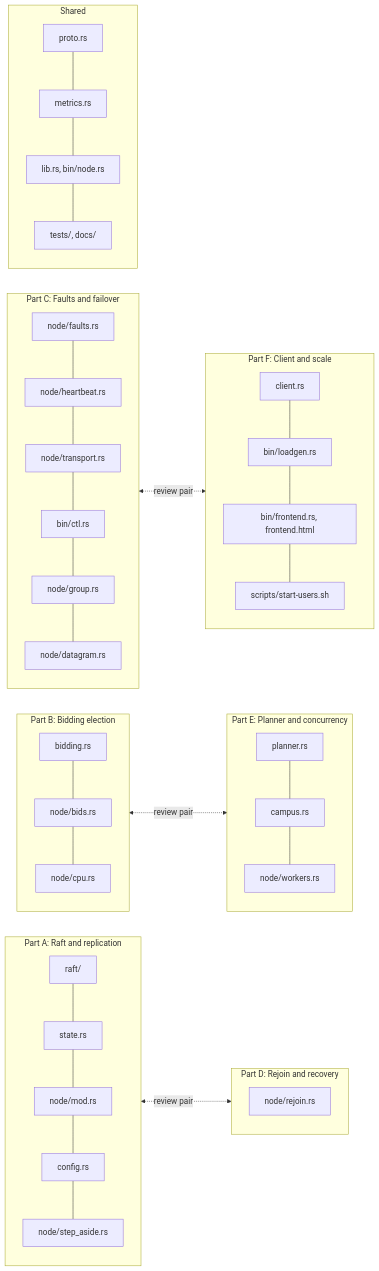
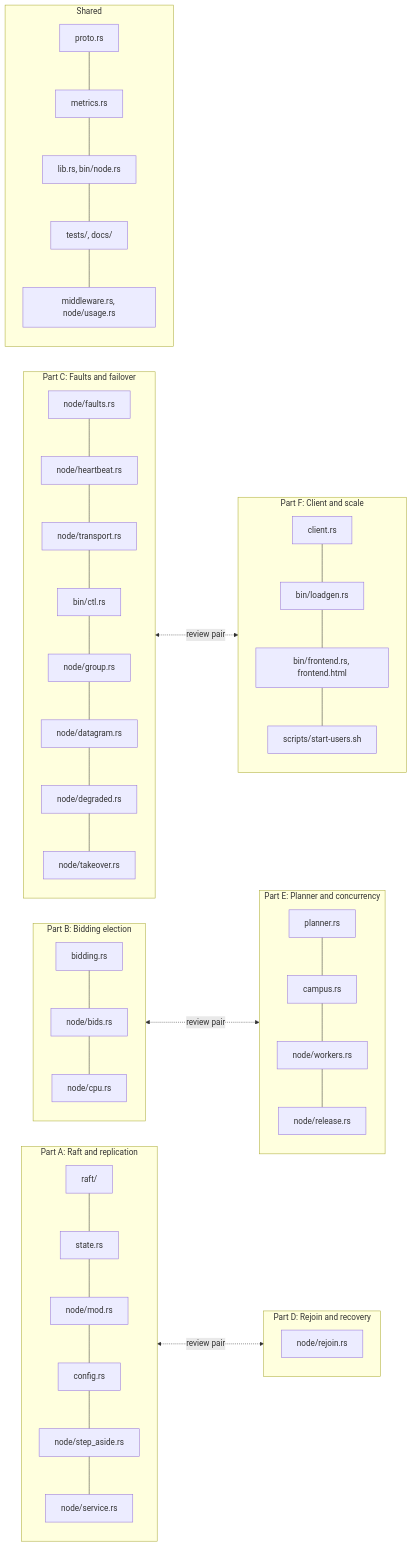
One commit to noortaytoy1/DistributedSystems changed the sixth of 48 diagrams in docs/architecture.md. Above: the diagram before and after it, drawn with Mermaid. The commit also changed other lines of this file and 2 other files, not shown here.

First line of the commit message:
Apply the diagram review to the architecture docs (D231)

````diff
--- a/docs/architecture.md
+++ b/docs/architecture.md
@@ -376,27 +429,27 @@
 ```mermaid
 flowchart LR
     subgraph A["Part A: Raft and replication"]
-        A1["raft/"] --- A2["state.rs"] --- A3["node/mod.rs"] --- A4["config.rs"] --- A5["node/step_aside.rs"]
+        A1["raft/"] --- A2["state.rs"] --- A3["node/mod.rs"] --- A4["config.rs"] --- A5["node/step_aside.rs"] --- A6["node/service.rs"]
     end
     subgraph B["Part B: Bidding election"]
         B1["bidding.rs"] --- B2["node/bids.rs"] --- B3["node/cpu.rs"]
     end
     subgraph C["Part C: Faults and failover"]
-        C1["node/faults.rs"] --- C2["node/heartbeat.rs"] --- C3["node/transport.rs"] --- C4["bin/ctl.rs"] --- C5["node/group.rs"] --- C6["node/datagram.rs"]
+        C1["node/faults.rs"] --- C2["node/heartbeat.rs"] --- C3["node/transport.rs"] --- C4["bin/ctl.rs"] --- C5["node/group.rs"] --- C6["node/datagram.rs"] --- C7["node/degraded.rs"] --- C8["node/takeover.rs"]
     end
     subgraph D["Part D: Rejoin and recovery"]
         D1["node/rejoin.rs"]
     end
     subgraph E["Part E: Planner and concurrency"]
-        E1["planner.rs"] --- E2["campus.rs"] --- E3["node/workers.rs"]
+        E1["planner.rs"] --- E2["campus.rs"] --- E3["node/workers.rs"] --- E4["node/release.rs"]
     end
     subgraph F["Part F: Client and scale"]
         F1["client.rs"] --- F2["bin/loadgen.rs"] --- F3["bin/frontend.rs, frontend.html"] --- F4["scripts/start-users.sh"]
     end
     subgraph S["Shared"]
-        S1["proto.rs"] --- S2["metrics.rs"] --- S3["lib.rs, bin/node.rs"] --- S4["tests/, docs/"]
+        S1["proto.rs"] --- S2["metrics.rs"] --- S3["lib.rs, bin/node.rs"] --- S4["tests/, docs/"] --- S5["middleware.rs, node/usage.rs"]
     end
     A <-.->|"review pair"| D
     B <-.->|"review pair"| E
     C <-.->|"review pair"| F
 ```
````
